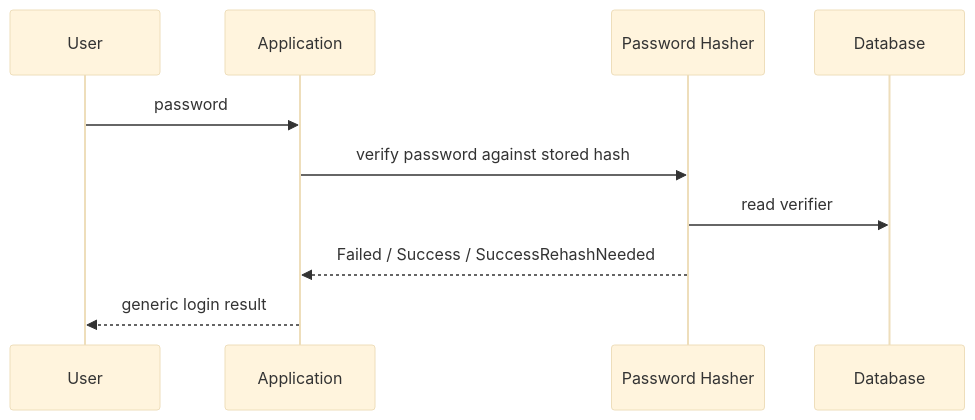
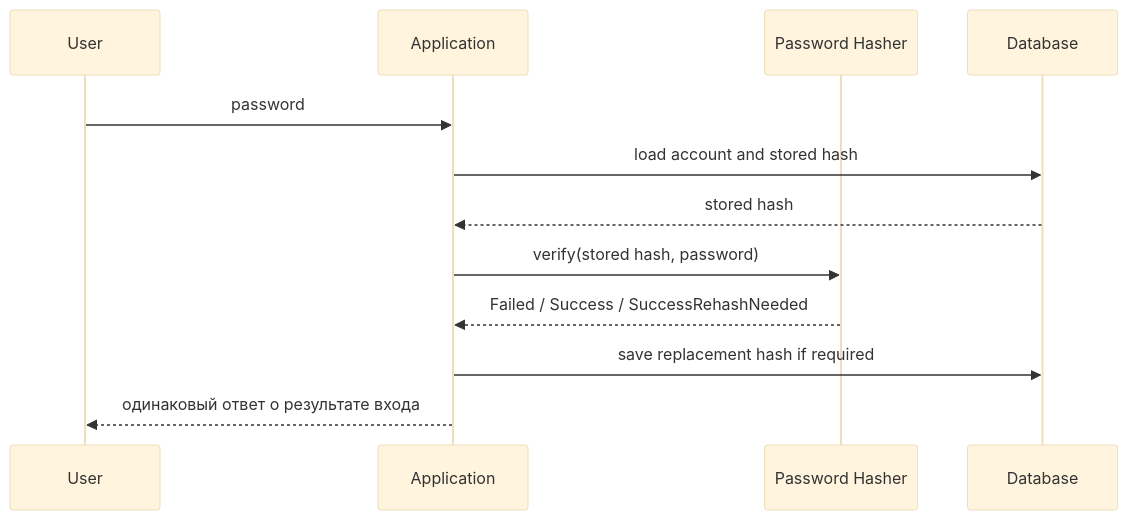
One commit to EugenTovarchi/Backend-Engineer-Handbook changed the diagram in 03_ASPNET_Core_Authentication_Authorization/03_Password_Authentication_Storage.md. Above: the diagram before and after it, drawn with Mermaid (base theme). The commit also changed other lines of this file and 6 other files, not shown here.

````diff
--- a/03_ASPNET_Core_Authentication_Authorization/03_Password_Authentication_Storage.md
+++ b/03_ASPNET_Core_Authentication_Authorization/03_Password_Authentication_Storage.md
@@ -149,13 +156,15 @@
 ```mermaid
 sequenceDiagram
     participant U as User
     participant A as Application
     participant H as Password Hasher
     participant D as Database
 
     U->>A: password
-    A->>H: verify password against stored hash
-    H->>D: read verifier
+    A->>D: load account and stored hash
+    D-->>A: stored hash
+    A->>H: verify(stored hash, password)
     H-->>A: Failed / Success / SuccessRehashNeeded
-    A-->>U: generic login result
+    A->>D: save replacement hash if required
+    A-->>U: одинаковый ответ о результате входа
 ```
````
